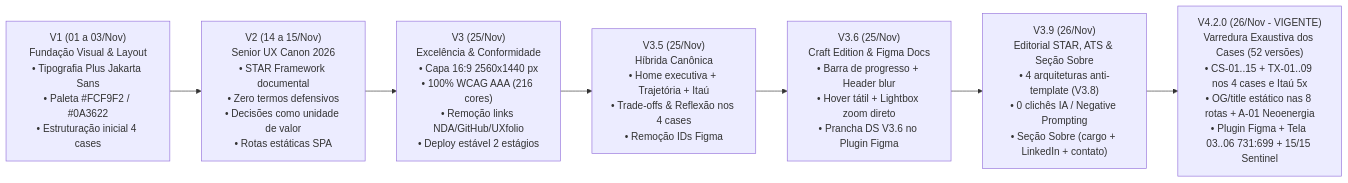
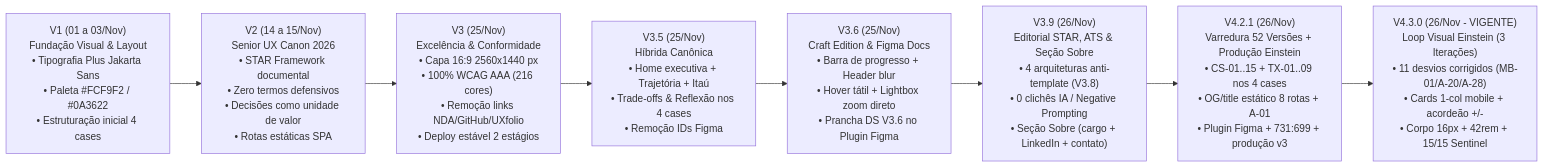
Before and after one commit to israelfull-commits/portfolio: the diagram in docs/INDEX_GOVERNANCA_E_DECISOES.md, drawn with Mermaid. The commit also changed other lines of this file and 4 other files, not shown here.

Commit message:
fix(v4.3.0): deep visual inspection & 3-iteration autofix loop on Einstein case (mobile 1-col cards, accordion +/- affordance, 16px body, 42rem measure, 44px targets, zero double bullets)

````diff
--- a/docs/INDEX_GOVERNANCA_E_DECISOES.md
+++ b/docs/INDEX_GOVERNANCA_E_DECISOES.md
@@ -15,11 +15,12 @@
 ```mermaid
 flowchart LR
     V1["V1 (01 a 03/Nov)<br>Fundação Visual & Layout<br>• Tipografia Plus Jakarta Sans<br>• Paleta #FCF9F2 / #0A3622<br>• Estruturação inicial 4 cases"]
     V2["V2 (14 a 15/Nov)<br>Senior UX Canon 2026<br>• STAR Framework documental<br>• Zero termos defensivos<br>• Decisões como unidade de valor<br>• Rotas estáticas SPA"]
     V3["V3 (25/Nov)<br>Excelência & Conformidade<br>• Capa 16:9 2560x1440 px<br>• 100% WCAG AAA (216 cores)<br>• Remoção links NDA/GitHub/UXfolio<br>• Deploy estável 2 estágios"]
     V35["V3.5 (25/Nov)<br>Híbrida Canônica<br>• Home executiva + Trajetória + Itaú<br>• Trade-offs & Reflexão nos 4 cases<br>• Remoção IDs Figma"]
     V36["V3.6 (25/Nov)<br>Craft Edition & Figma Docs<br>• Barra de progresso + Header blur<br>• Hover tátil + Lightbox zoom direto<br>• Prancha DS V3.6 no Plugin Figma"]
     V39["V3.9 (26/Nov)<br>Editorial STAR, ATS & Seção Sobre<br>• 4 arquiteturas anti-template (V3.8)<br>• 0 clichês IA / Negative Prompting<br>• Seção Sobre (cargo + LinkedIn + contato)"]
-    V310["V4.2.0 (26/Nov - VIGENTE)<br>Varredura Exaustiva dos Cases (52 versões)<br>• CS-01..15 + TX-01..09 nos 4 cases e Itaú 5x<br>• OG/title estático nas 8 rotas + A-01 Neoenergia<br>• Plugin Figma + Tela 03..06 731:699 + 15/15 Sentinel"]
-    V1 --> V2 --> V3 --> V35 --> V36 --> V39 --> V310
+    V310["V4.2.1 (26/Nov)<br>Varredura 52 Versões + Produção Einstein<br>• CS-01..15 + TX-01..09 nos 4 cases<br>• OG/title estático 8 rotas + A-01<br>• Plugin Figma + 731:699 + produção v3"]
+    V430["V4.3.0 (26/Nov - VIGENTE)<br>Loop Visual Einstein (3 Iterações)<br>• 11 desvios corrigidos (MB-01/A-20/A-28)<br>• Cards 1-col mobile + acordeão +/-<br>• Corpo 16px + 42rem + 15/15 Sentinel"]
+    V1 --> V2 --> V3 --> V35 --> V36 --> V39 --> V310 --> V430
 ```
````
